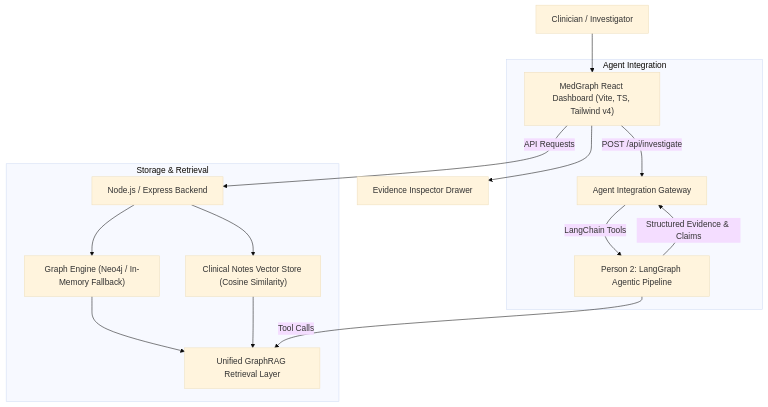
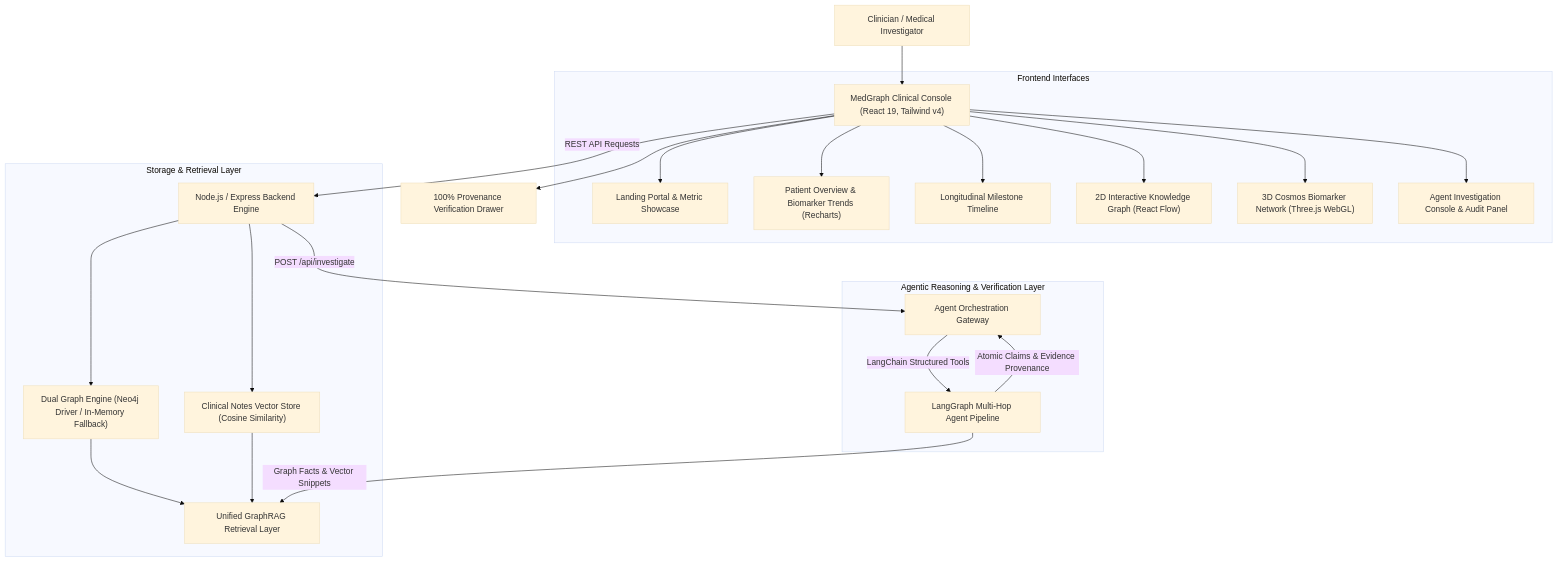
The diagram in README.md (Sriram-Nambiar/MedGraph), drawn with Mermaid (base theme) before and after one commit. The commit also changed other lines of this file and 29 other files, not shown here.

Commit message:
feat: add medical landing portal, blue clinical theme, 3D cosmos stability fix, and comprehensive platform documentation

````diff
--- a/README.md
+++ b/README.md
@@ -10,21 +32,31 @@
 ```mermaid
 flowchart TD
-    User["Clinician / Investigator"] --> UI["MedGraph React Dashboard (Vite, TS, Tailwind v4)"]
-    UI -->|API Requests| API["Node.js / Express Backend"]
+    User["Clinician / Medical Investigator"] --> UI["MedGraph Clinical Console (React 19, Tailwind v4)"]
     
-    subgraph Storage & Retrieval
-        API --> GraphEngine["Graph Engine (Neo4j / In-Memory Fallback)"]
+    subgraph Frontend Interfaces
+        UI --> Landing["Landing Portal & Metric Showcase"]
+        UI --> Overview["Patient Overview & Biomarker Trends (Recharts)"]
+        UI --> Timeline["Longitudinal Milestone Timeline"]
+        UI --> Graph2D["2D Interactive Knowledge Graph (React Flow)"]
+        UI --> Graph3D["3D Cosmos Biomarker Network (Three.js WebGL)"]
+        UI --> Investigation["Agent Investigation Console & Audit Panel"]
+    end
+
+    UI -->|REST API Requests| API["Node.js / Express Backend Engine"]
+
+    subgraph Storage & Retrieval Layer
+        API --> GraphEngine["Dual Graph Engine (Neo4j Driver / In-Memory Fallback)"]
         API --> VectorEngine["Clinical Notes Vector Store (Cosine Similarity)"]
         GraphEngine --> GraphRAG["Unified GraphRAG Retrieval Layer"]
         VectorEngine --> GraphRAG
     end
-    
-    subgraph Agent Integration
-        UI -->|POST /api/investigate| AgentGateway["Agent Integration Gateway"]
-        AgentGateway -->|LangChain Tools| LangGraph["Person 2: LangGraph Agentic Pipeline"]
-        LangGraph -->|Tool Calls| GraphRAG
-        LangGraph -->|Structured Evidence & Claims| AgentGateway
+
+    subgraph Agentic Reasoning & Verification Layer
+        API -->|POST /api/investigate| AgentGateway["Agent Orchestration Gateway"]
+        AgentGateway -->|LangChain Structured Tools| LangGraph["LangGraph Multi-Hop Agent Pipeline"]
+        LangGraph -->|Graph Facts & Vector Snippets| GraphRAG
+        LangGraph -->|Atomic Claims & Evidence Provenance| AgentGateway
     end
-    
-    UI --> EvidenceDrawer["Evidence Inspector Drawer"]
+
+    UI --> EvidenceDrawer["100% Provenance Verification Drawer"]
 ```
````
